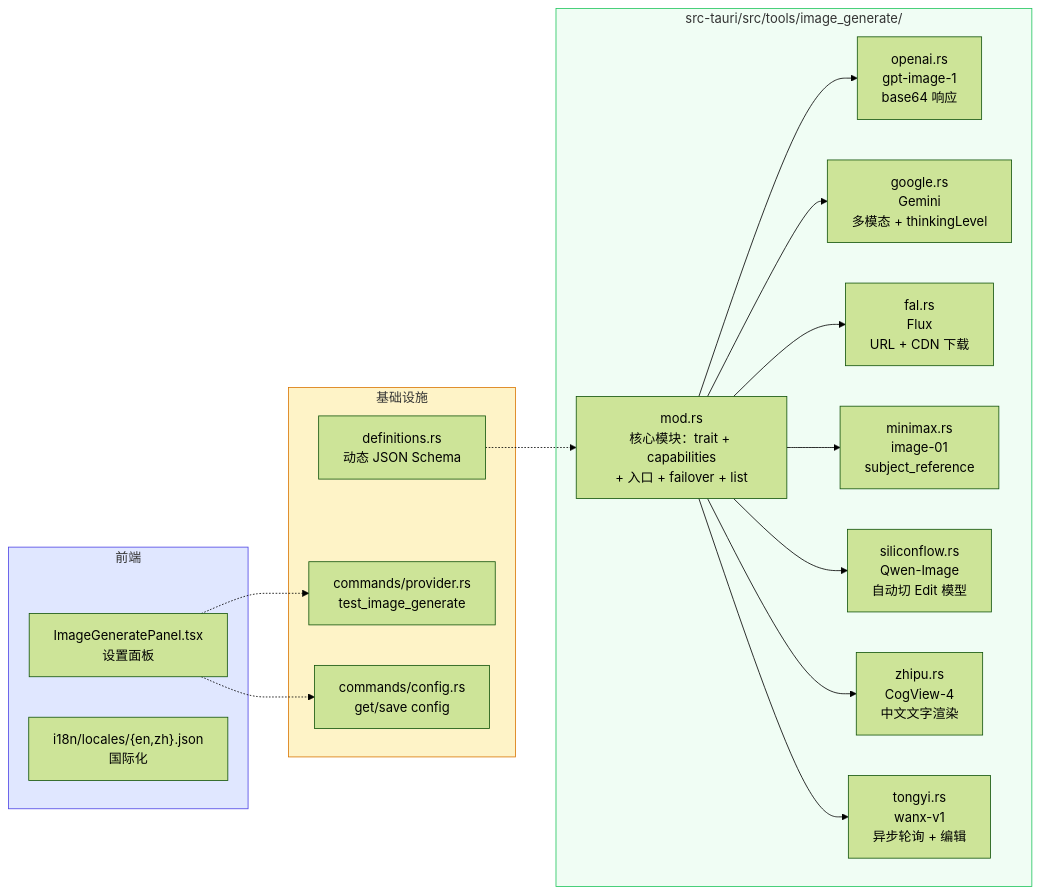
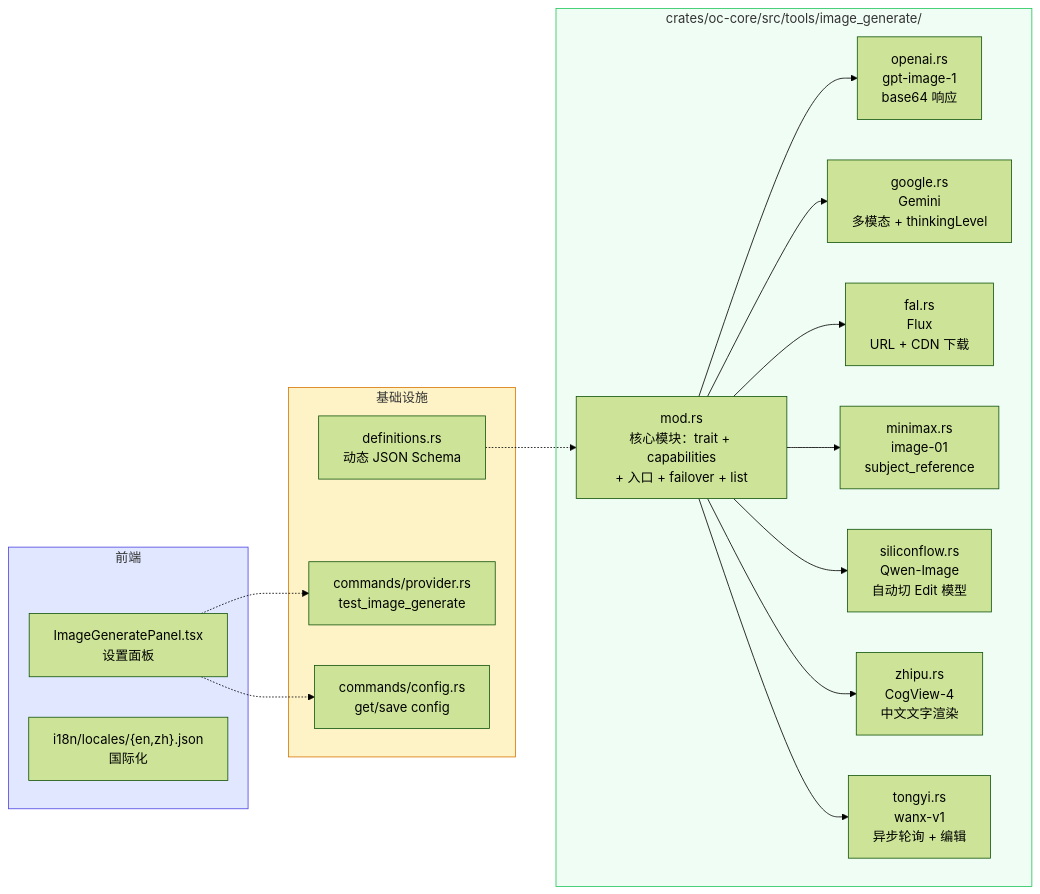
One commit to shiwenwen/hope-agent changed diagram 11 of 11 in docs/architecture/image-generation.md. Above: the diagram before and after it, drawn with Mermaid (forest theme). The commit also changed other lines of this file and 17 other files, not shown here.

First line of the commit message:
docs: 更新 18 个架构文档的文件路径（src-tauri/src/ → crates/oc-core/src/）

````diff
--- a/docs/architecture/image-generation.md
+++ b/docs/architecture/image-generation.md
@@ -495,33 +495,33 @@
 ```mermaid
 graph LR
-    subgraph backend["src-tauri/src/tools/image_generate/"]
+    subgraph backend["crates/oc-core/src/tools/image_generate/"]
         MOD["mod.rs<br/>核心模块：trait + capabilities<br/>+ 入口 + failover + list"]
         OAI["openai.rs<br/>gpt-image-1<br/>base64 响应"]
         GOO["google.rs<br/>Gemini<br/>多模态 + thinkingLevel"]
         FAL["fal.rs<br/>Flux<br/>URL + CDN 下载"]
         MM["minimax.rs<br/>image-01<br/>subject_reference"]
         SF["siliconflow.rs<br/>Qwen-Image<br/>自动切 Edit 模型"]
         ZP["zhipu.rs<br/>CogView-4<br/>中文文字渲染"]
         TY["tongyi.rs<br/>wanx-v1<br/>异步轮询 + 编辑"]
     end
 
     subgraph infra["基础设施"]
         DEF["definitions.rs<br/>动态 JSON Schema"]
         PRO["commands/provider.rs<br/>test_image_generate"]
         CFG["commands/config.rs<br/>get/save config"]
     end
 
     subgraph frontend["前端"]
         PANEL["ImageGeneratePanel.tsx<br/>设置面板"]
         I18N["i18n/locales/{en,zh}.json<br/>国际化"]
     end
 
     MOD --> OAI & GOO & FAL & MM & SF & ZP & TY
     DEF -.-> MOD
     PANEL -.-> CFG
     PANEL -.-> PRO
 
     style backend fill:#f0fdf4,stroke:#22c55e
     style infra fill:#fef3c7,stroke:#d97706
     style frontend fill:#e0e7ff,stroke:#4f46e5
 ```
````
